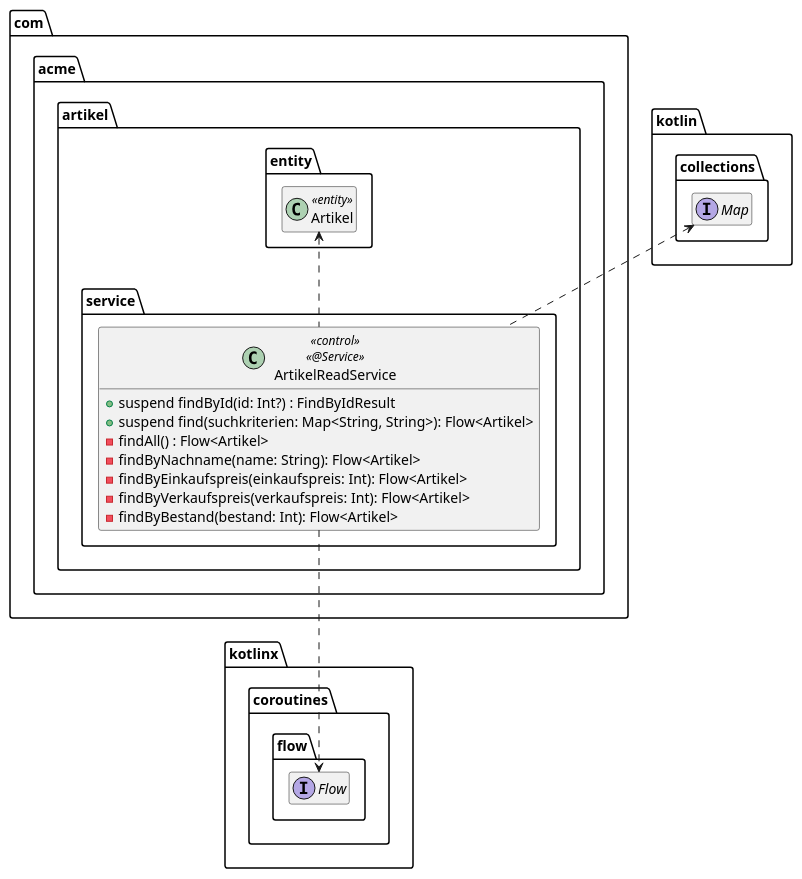
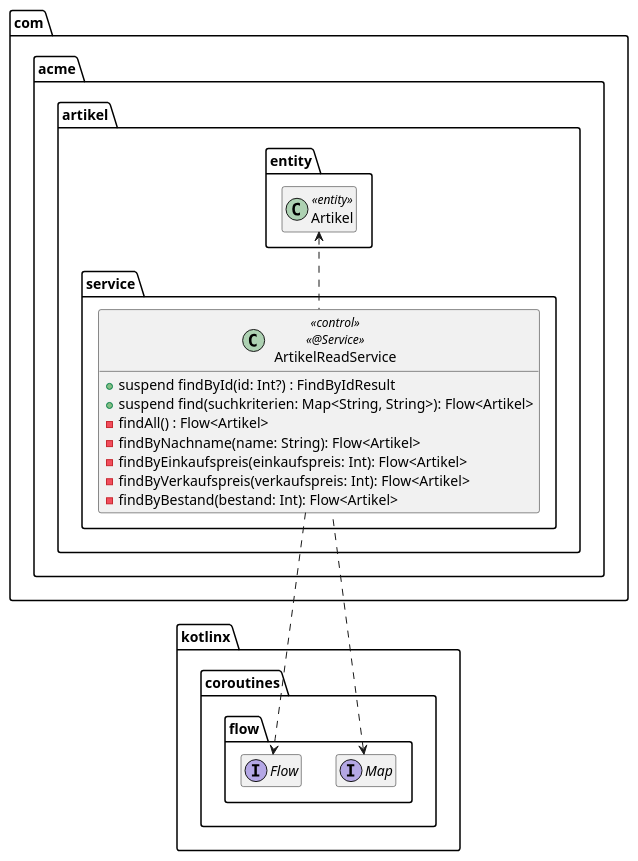
Before and after one commit to AlexanderStecknitz/Softwarearchitektur-Springframework: the diagram in extras/doc/ArtikelReadService.puml, drawn with PlantUML.

Commit message:
updated ArtikelReadService.puml in 1 class

```diff
--- a/extras/doc/ArtikelReadService.puml
+++ b/extras/doc/ArtikelReadService.puml
@@ -1,32 +1,29 @@
 @startuml
 package kotlinx.coroutines.flow {
     interface Flow
-}
-
-package kotlin.collections {
     interface Map
 }
 
 package com.acme.artikel {
     package entity {
         class Artikel << entity >>
     }
 
     package service {
         class ArtikelReadService << control >> << @Service >> {
             + suspend findById(id: Int?) : FindByIdResult
             + suspend find(suchkriterien: Map<String, String>): Flow<Artikel>
             - findAll() : Flow<Artikel>
             - findByNachname(name: String): Flow<Artikel>
             - findByEinkaufspreis(einkaufspreis: Int): Flow<Artikel>
             - findByVerkaufspreis(verkaufspreis: Int): Flow<Artikel>
             - findByBestand(bestand: Int): Flow<Artikel>
         }
 
         ArtikelReadService .up.> Artikel
         ArtikelReadService ..> Flow
         ArtikelReadService .up.> Map
     }
 }
 hide empty members
 @enduml
```
